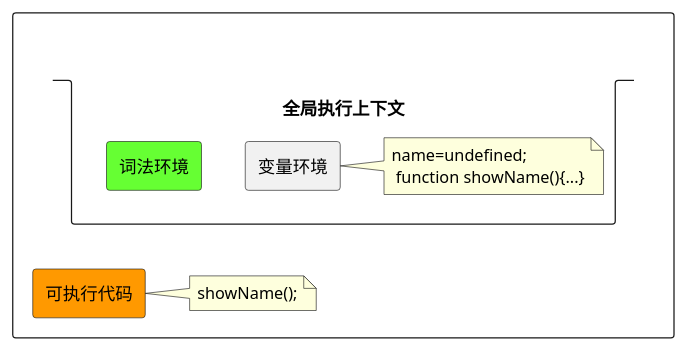
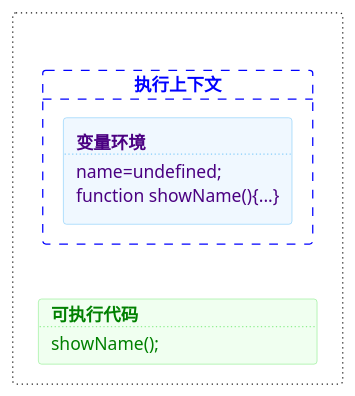
The second of 11 diagrams in source/_posts/浏览器工作原理——Javascript执行机制.md (HelenZhangLP/blog), drawn with PlantUML before and after one commit. The commit also changed other lines of this file and 122 other files, not shown here.

```diff
--- a/source/_posts/浏览器工作原理——Javascript执行机制.md
+++ b/source/_posts/浏览器工作原理——Javascript执行机制.md
@@ -86,12 +108,18 @@
 {% plantuml %}
-rectangle " " as compileResult {
-  stack 全局执行上下文 as executionContextOfGlobal {
-    rectangle "变量环境"
-    note right of "变量环境": name=undefined;\n function showName(){...}
-    rectangle "词法环境" #6f3
+rectangle " " #line.dotted {
+  card "执行上下文" #line.dashed;line:blue;text:blue; {
+    rectangle 变量环境 #aliceBlue;line:LightSkyBlue;text:indigo [
+      <b>变量环境</b>
+      ....
+      name=undefined;
+      function showName(){...}
+    ]
   }
-  rectangle "可执行代码" as test #f90
-    note right of test: showName();
-  executionContextOfGlobal -[#transparent]-> test
+  card executionCode #Honeydew;line:LightGreen;text:green [
+    <b>可执行代码</b>
+    ....
+    showName();                                
+  ]
+  变量环境 -[#transparent]-> executionCode
 }
 {% endplantuml %}
```
